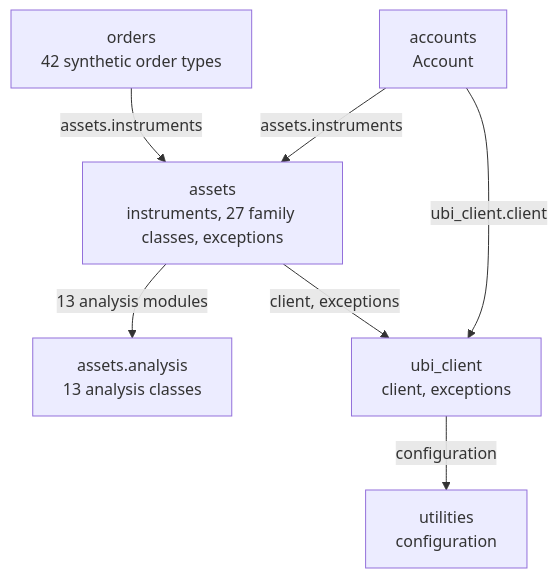
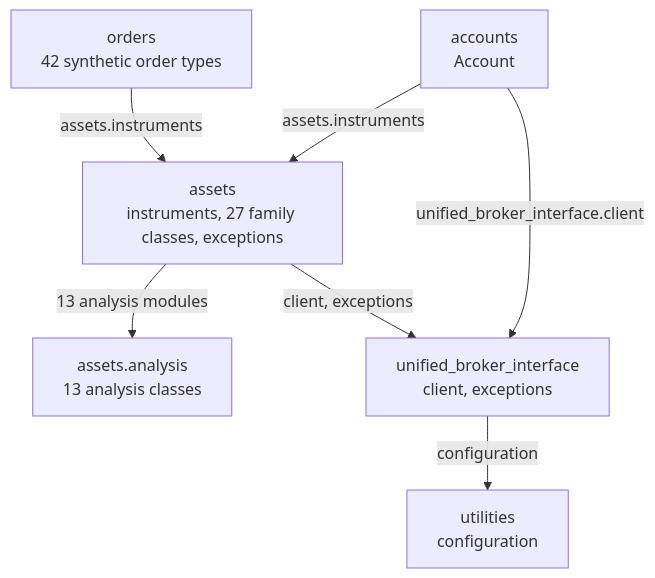
Before and after one commit to pramodathani/tradingmachine: the diagram in docs/project/structure.md, drawn with Mermaid. The commit also changed other lines of this file and 29 other files, not shown here.

First line of the commit message:
Rename the ubi_client package to unified_broker_interface

````diff
--- a/docs/project/structure.md
+++ b/docs/project/structure.md
@@ -115,15 +115,15 @@
 ```mermaid
 flowchart TB
     AC["accounts<br/>Account"]
     OR["orders<br/>42 synthetic order types"]
     AS["assets<br/>instruments, 27 family classes, exceptions"]
     AN["assets.analysis<br/>13 analysis classes"]
-    UC["ubi_client<br/>client, exceptions"]
+    UC["unified_broker_interface<br/>client, exceptions"]
     UT["utilities<br/>configuration"]
     AC -->|"assets.instruments"| AS
-    AC -->|"ubi_client.client"| UC
+    AC -->|"unified_broker_interface.client"| UC
     OR -->|"assets.instruments"| AS
     AS -->|"13 analysis modules"| AN
     AS -->|"client, exceptions"| UC
     UC -->|"configuration"| UT
 ```
````
